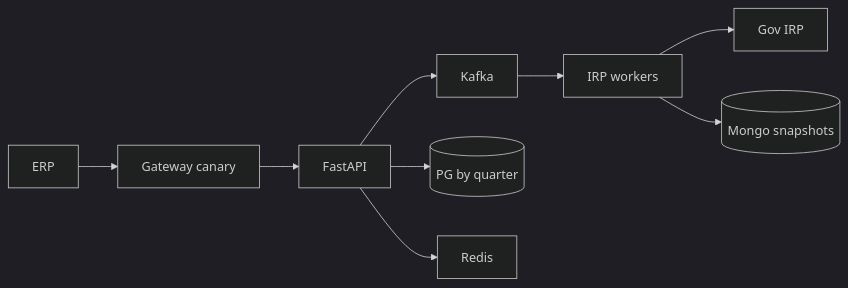
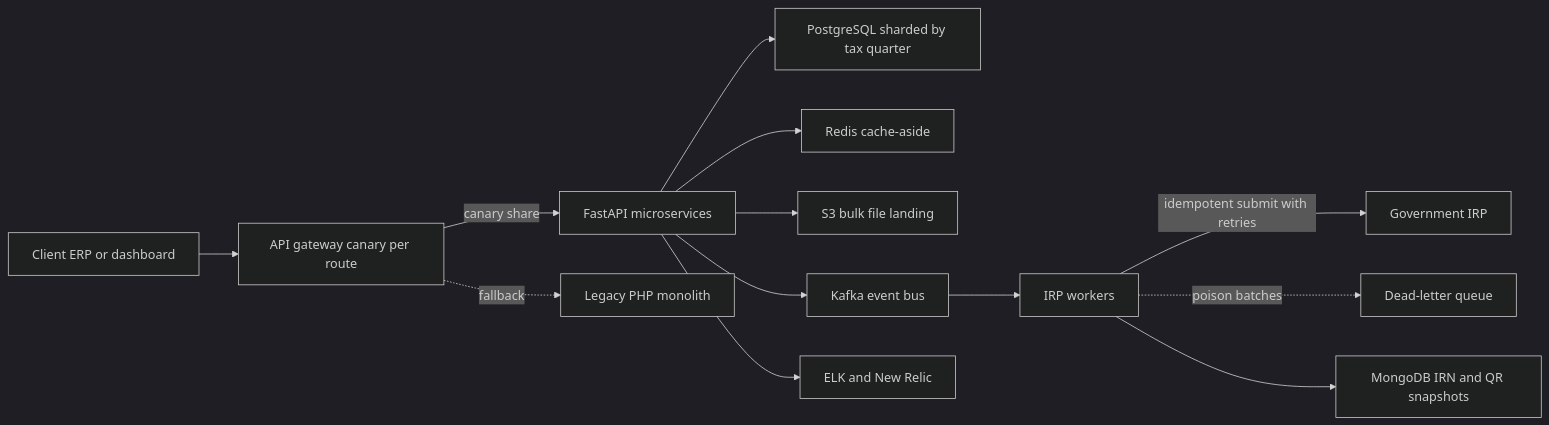
Before and after one commit to TM-DEV-PRO/final-resume: diagram 11 of 13 in final_pygo_ai/prep/33_architecture_diagrams.md, drawn with Mermaid (dark theme). The commit also changed other lines of this file and 617 other files, not shown here.

````diff
--- a/final_pygo_ai/prep/33_architecture_diagrams.md
+++ b/final_pygo_ai/prep/33_architecture_diagrams.md
@@ -217,10 +611,15 @@
 ```mermaid
 flowchart LR
-  ERP --> GW[Gateway canary]
-  GW --> API[FastAPI]
-  API --> KF[Kafka]
-  KF --> W[IRP workers] --> IRP[Gov IRP]
-  API --> PG[(PG by quarter)]
-  API --> Redis
-  W --> Mongo[(Mongo snapshots)]
+  ERP["Client ERP or dashboard"] --> GW["API gateway canary per route"]
+  GW -->|"canary share"| API["FastAPI microservices"]
+  GW -.->|"fallback"| PHP["Legacy PHP monolith"]
+  API --> PG["PostgreSQL sharded by tax quarter"]
+  API --> RD["Redis cache-aside"]
+  API --> S3["S3 bulk file landing"]
+  API --> KF["Kafka event bus"]
+  KF --> WK["IRP workers"]
+  WK -->|"idempotent submit with retries"| IRP["Government IRP"]
+  WK -.->|"poison batches"| DLQ["Dead-letter queue"]
+  WK --> MG["MongoDB IRN and QR snapshots"]
+  API --> OBS["ELK and New Relic"]
 ```
````
